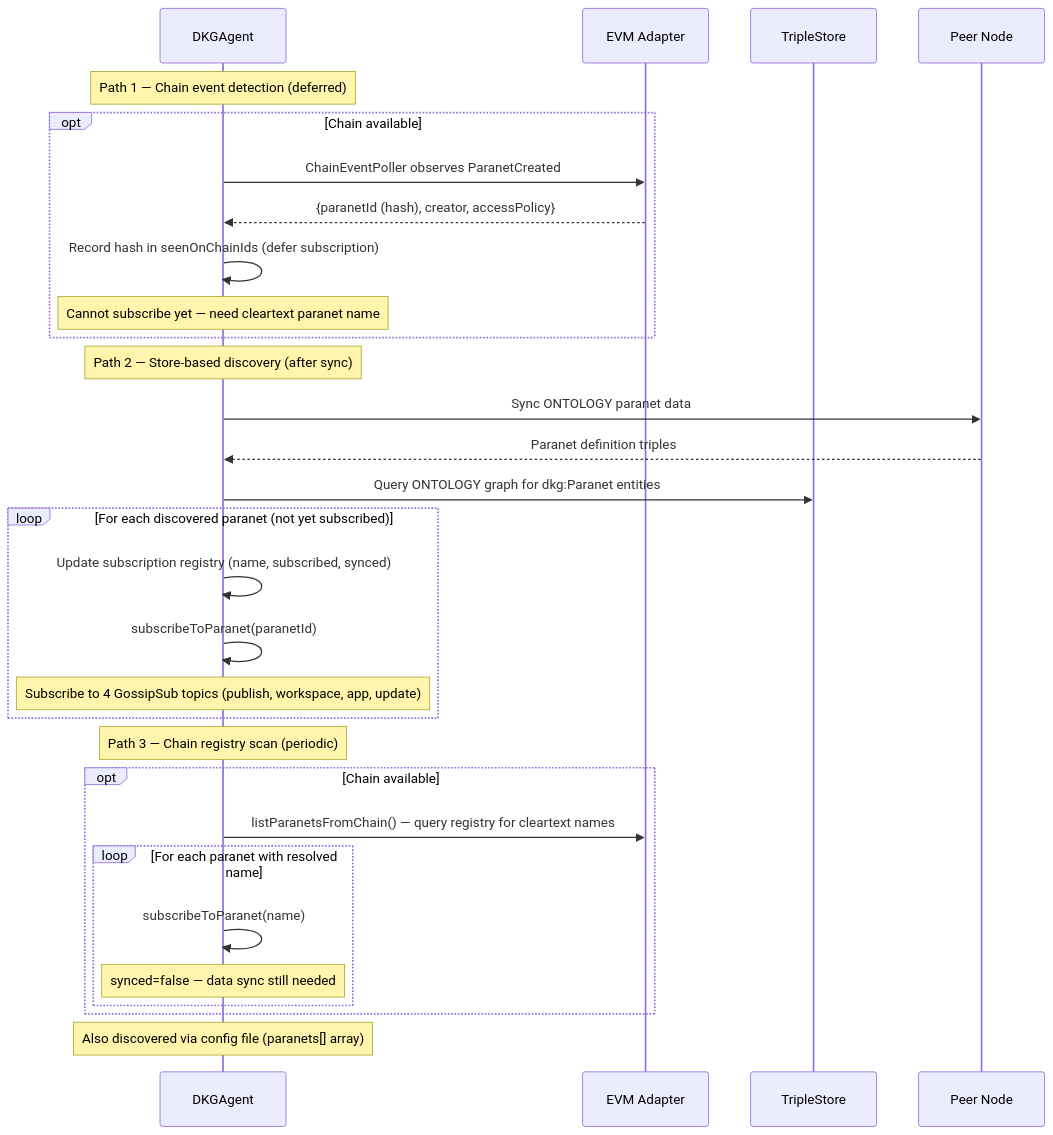
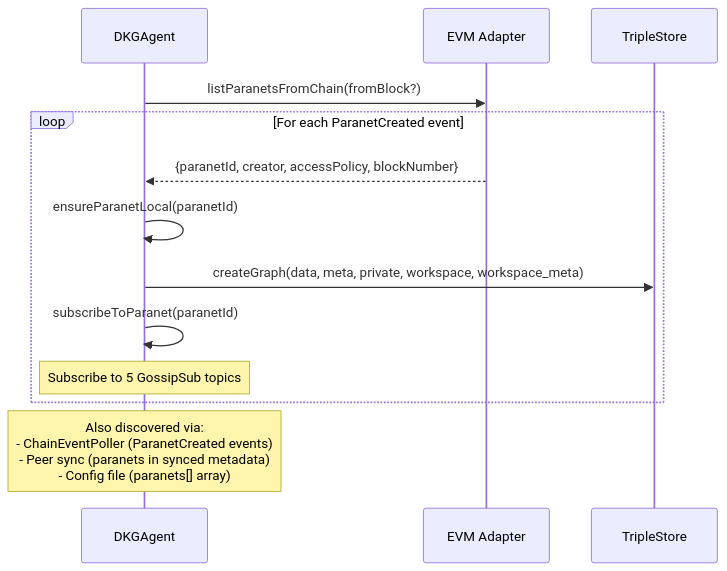
Diagram 14 of 18 in docs/v9-protocol-operations.md (OriginTrail/dkg-v9), drawn with Mermaid before and after one commit. The commit also changed other lines of this file and 12 other files, not shown here.

First line of the commit message:
feat: replicate-then-publish — agent integration, finalization, CLI

````diff
--- a/docs/v9-protocol-operations.md
+++ b/docs/v9-protocol-operations.md
@@ -734,39 +1076,18 @@
 ```mermaid
 sequenceDiagram
     participant Agent as DKGAgent
     participant Chain as EVM Adapter
     participant Store as TripleStore
-    participant Peer as Peer Node
 
-    Note over Agent: Path 1 — Chain event detection (deferred)
+    Agent->>Chain: listParanetsFromChain(fromBlock?)
 
-    opt Chain available
-        Agent->>Chain: ChainEventPoller observes ParanetCreated
-        Chain-->>Agent: {paranetId (hash), creator, accessPolicy}
-        Agent->>Agent: Record hash in seenOnChainIds (defer subscription)
-        Note over Agent: Cannot subscribe yet — need cleartext paranet name
+    loop For each ParanetCreated event
+        Chain-->>Agent: {paranetId, creator, accessPolicy, blockNumber}
+        Agent->>Agent: ensureParanetLocal(paranetId)
+        Agent->>Store: createGraph(data, meta, private, workspace, workspace_meta)
+        Agent->>Agent: subscribeToParanet(paranetId)
+        Note over Agent: Subscribe to 5 GossipSub topics
     end
 
-    Note over Agent: Path 2 — Store-based discovery (after sync)
-
-    Agent->>Peer: Sync ONTOLOGY paranet data
-    Peer-->>Agent: Paranet definition triples
-    Agent->>Store: Query ONTOLOGY graph for dkg:Paranet entities
-    loop For each discovered paranet (not yet subscribed)
-        Agent->>Agent: Update subscription registry (name, subscribed, synced)
-        Agent->>Agent: subscribeToParanet(paranetId)
-        Note over Agent: Subscribe to 4 GossipSub topics (publish, workspace, app, update)
-    end
-
-    Note over Agent: Path 3 — Chain registry scan (periodic)
-
-    opt Chain available
-        Agent->>Chain: listParanetsFromChain() — query registry for cleartext names
-        loop For each paranet with resolved name
-            Agent->>Agent: subscribeToParanet(name)
-            Note over Agent: synced=false — data sync still needed
-        end
-    end
-
-    Note over Agent: Also discovered via config file (paranets[] array)
+    Note over Agent: Also discovered via:<br/>- ChainEventPoller (ParanetCreated events)<br/>- Peer sync (paranets in synced metadata)<br/>- Config file (paranets[] array)
 ```
````
